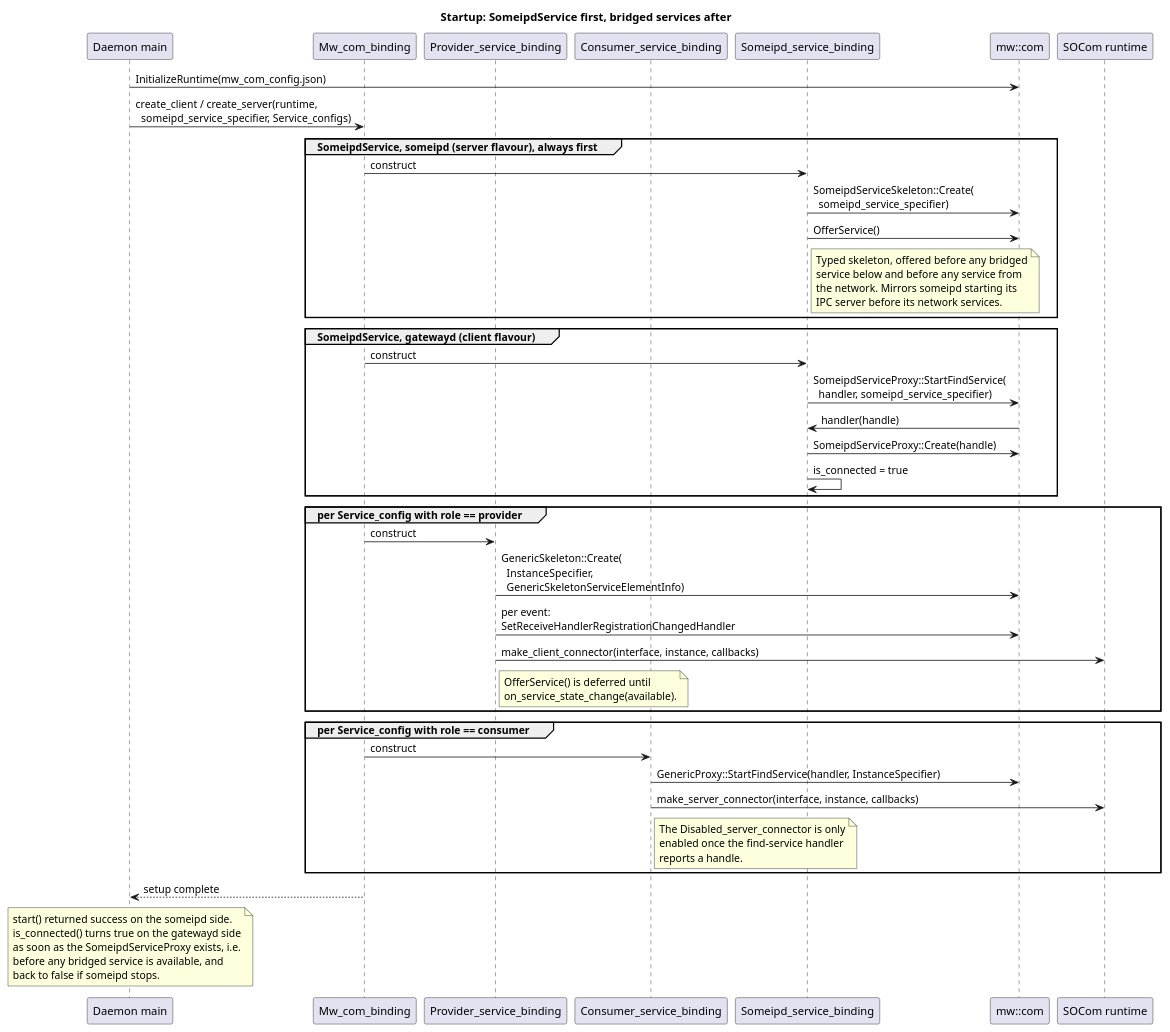
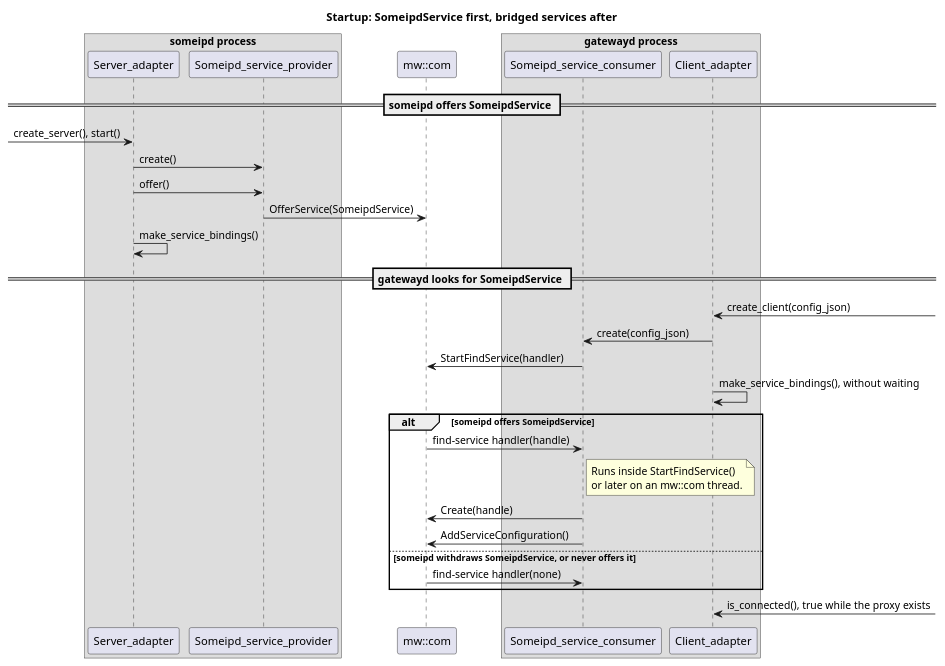
The diagram in score/gateway_ipc_binding/docs/models/mw_com_startup.puml (bgsw-contrib/score_inc_someip_gateway), drawn with PlantUML before and after one commit. The commit also changed 5 other files, not shown here.

First line of the commit message:
docs: Clarify mw::com startup and event sequence diagrams (#346)

```diff
--- a/score/gateway_ipc_binding/docs/models/mw_com_startup.puml
+++ b/score/gateway_ipc_binding/docs/models/mw_com_startup.puml
@@ -14,65 +14,36 @@
-@startuml
+@startuml mw_com_startup_someipd_gatewayd
 title Startup: SomeipdService first, bridged services after
 
-participant "Daemon main" as main
-participant "Mw_com_binding" as binding
-participant "Provider_service_binding" as provider
-participant "Consumer_service_binding" as consumer
-participant "Someipd_service_binding" as sdsvc
+box "someipd process"
+participant "Server_adapter" as server
+participant "Someipd_service_provider" as sdsvc_provider
+end box
 participant "mw::com" as mwcom
-participant "SOCom runtime" as socom
+box "gatewayd process"
+participant "Someipd_service_consumer" as sdsvc_consumer
+participant "Client_adapter" as client
+end box
 
-main -> mwcom : InitializeRuntime(mw_com_config.json)
-main -> binding : create_client / create_server(runtime,\n  someipd_service_specifier, Service_configs)
+== someipd offers SomeipdService ==
+[-> server : create_server(), start()
+server -> sdsvc_provider : create()
+server -> sdsvc_provider : offer()
+sdsvc_provider -> mwcom : OfferService(SomeipdService)
+server -> server : make_service_bindings()
 
-group SomeipdService, someipd (server flavour), always first
-  binding -> sdsvc : construct
-  sdsvc -> mwcom : SomeipdServiceSkeleton::Create(\n  someipd_service_specifier)
-  sdsvc -> mwcom : OfferService()
-  note right of sdsvc
-    Typed skeleton, offered before any bridged
-    service below and before any service from
-    the network. Mirrors someipd starting its
-    IPC server before its network services.
-  end note
+== gatewayd looks for SomeipdService ==
+client <-] : create_client(config_json)
+client -> sdsvc_consumer : create(config_json)
+sdsvc_consumer -> mwcom : StartFindService(handler)
+client -> client : make_service_bindings(), without waiting
+
+alt someipd offers SomeipdService
+  mwcom -> sdsvc_consumer : find-service handler(handle)
+  note right of sdsvc_consumer : Runs inside StartFindService()\nor later on an mw::com thread.
+  sdsvc_consumer -> mwcom : Create(handle)
+  sdsvc_consumer -> mwcom : AddServiceConfiguration()
+else someipd withdraws SomeipdService, or never offers it
+  mwcom -> sdsvc_consumer : find-service handler(none)
 end
-
-group SomeipdService, gatewayd (client flavour)
-  binding -> sdsvc : construct
-  sdsvc -> mwcom : SomeipdServiceProxy::StartFindService(\n  handler, someipd_service_specifier)
-  mwcom -> sdsvc : handler(handle)
-  sdsvc -> mwcom : SomeipdServiceProxy::Create(handle)
-  sdsvc -> sdsvc : is_connected = true
-end
-
-group per Service_config with role == provider
-  binding -> provider : construct
-  provider -> mwcom : GenericSkeleton::Create(\n  InstanceSpecifier,\n  GenericSkeletonServiceElementInfo)
-  provider -> mwcom : per event:\nSetReceiveHandlerRegistrationChangedHandler
-  provider -> socom : make_client_connector(interface, instance, callbacks)
-  note right of provider
-    OfferService() is deferred until
-    on_service_state_change(available).
-  end note
-end
-
-group per Service_config with role == consumer
-  binding -> consumer : construct
-  consumer -> mwcom : GenericProxy::StartFindService(handler, InstanceSpecifier)
-  consumer -> socom : make_server_connector(interface, instance, callbacks)
-  note right of consumer
-    The Disabled_server_connector is only
-    enabled once the find-service handler
-    reports a handle.
-  end note
-end
-
-binding --> main : setup complete
-note over main
-  start() returned success on the someipd side.
-  is_connected() turns true on the gatewayd side
-  as soon as the SomeipdServiceProxy exists, i.e.
-  before any bridged service is available, and
-  back to false if someipd stops.
-end note
+client <-] : is_connected(), true while the proxy exists
 @enduml
```
